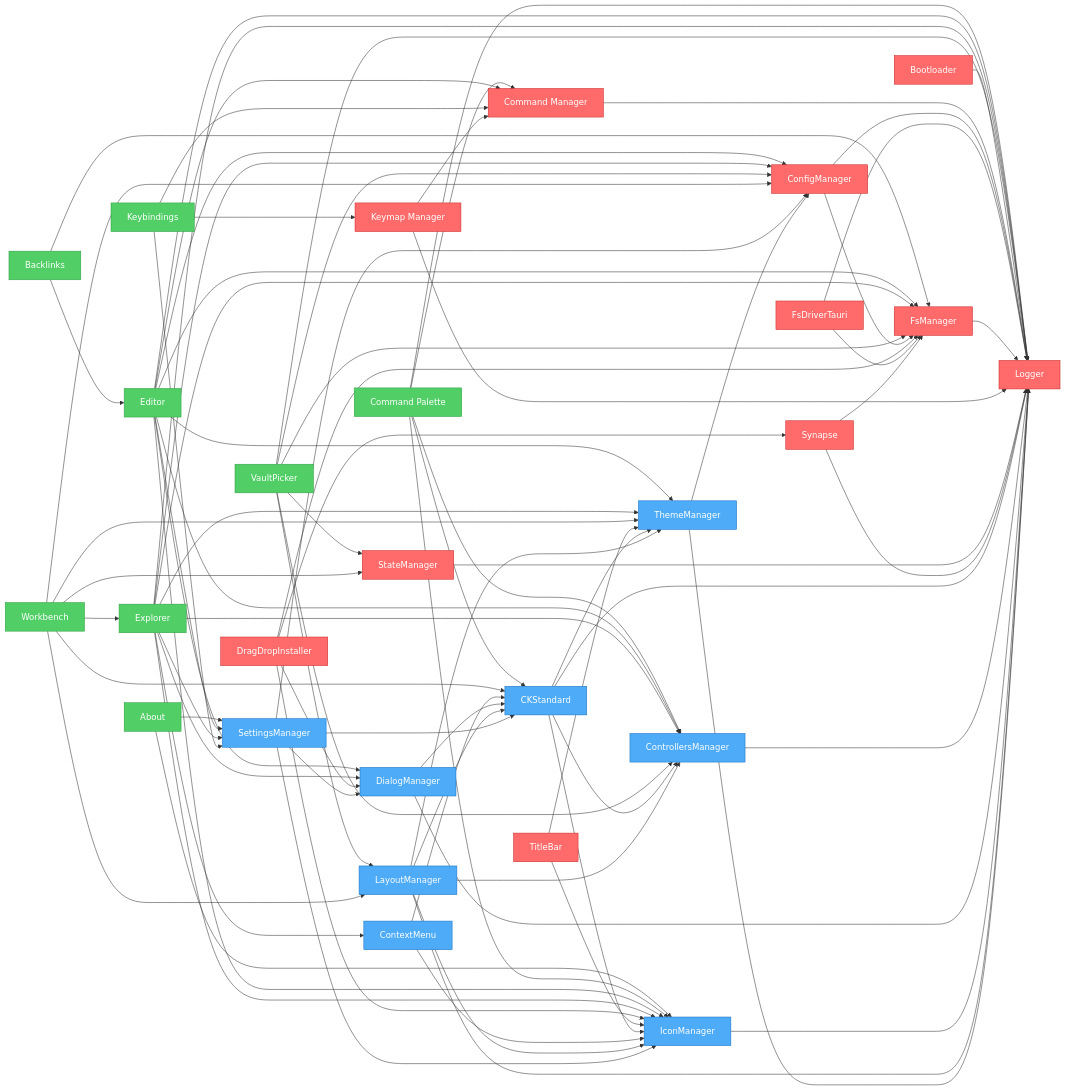
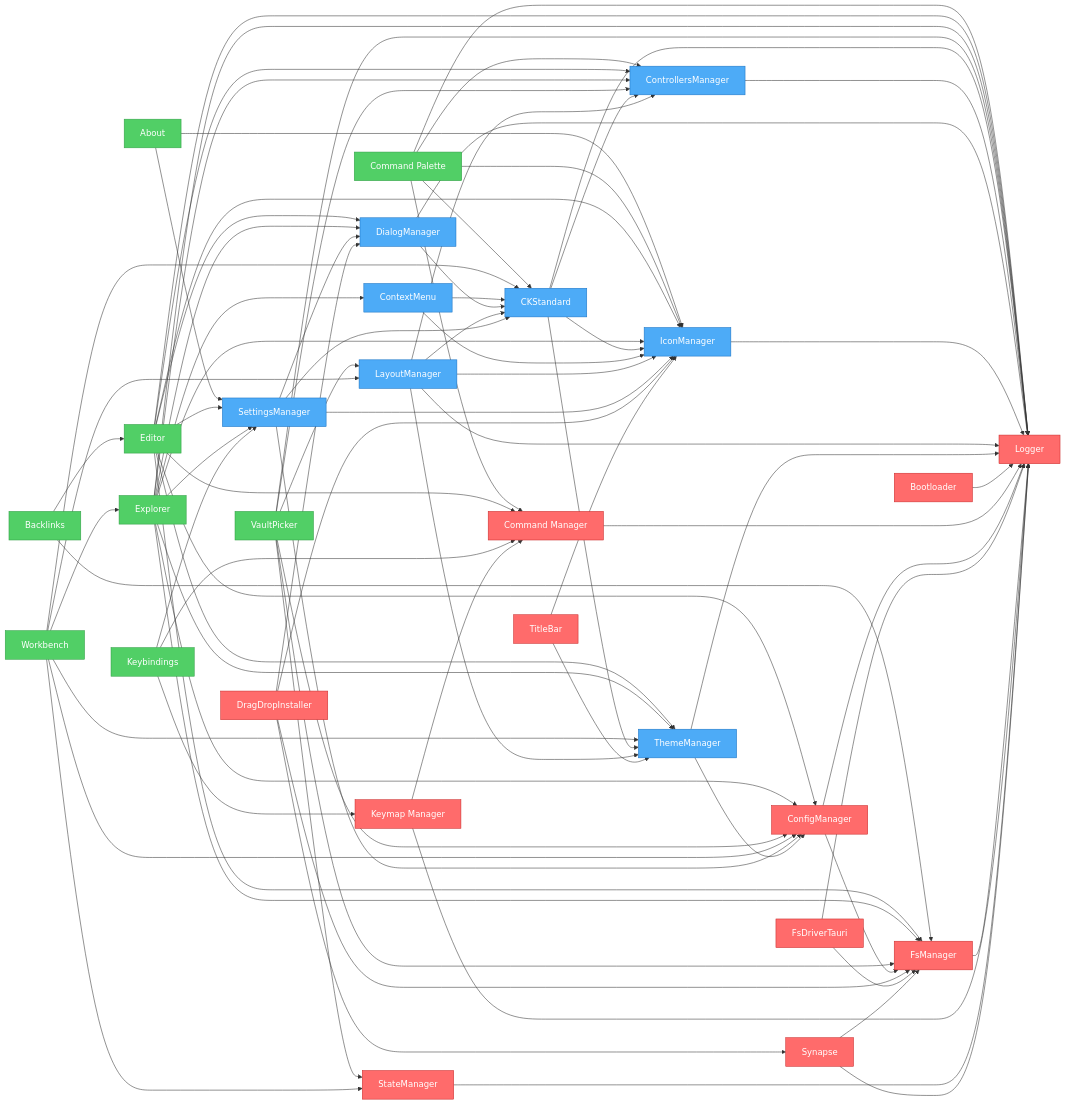
Before and after one commit to khton-tech/notehub.md: the diagram in artifacts/graph.mmd, drawn with Mermaid. The commit also changed other lines of this file and 2 other files, not shown here.

Commit message:
feat: Generate plugin registry JSON and visualize plugin dependencies with a Mermaid graph.

```diff
--- a/artifacts/graph.mmd
+++ b/artifacts/graph.mmd
@@ -1,118 +1,118 @@
 flowchart LR
     nh_features_about["About"]
     nh_features_backlinks["Backlinks"]
     nh_features_command-palette["Command Palette"]
     nh_features_editor["Editor"]
     nh_features_explorer["Explorer"]
     nh_features_keybindings["Keybindings"]
     nh_features_vault-picker["VaultPicker"]
     nh_features_workbench["Workbench"]
+    nh_ui_ck-standard["CKStandard"]
+    nh_ui_context-menu["ContextMenu"]
+    nh_ui_controllers-manager["ControllersManager"]
+    nh_ui_dialog-manager["DialogManager"]
+    nh_ui_icon-manager["IconManager"]
+    nh_ui_layout-manager["LayoutManager"]
+    nh_ui_settings-manager["SettingsManager"]
+    nh_ui_theme-manager["ThemeManager"]
     nh_system_bootloader["Bootloader"]
     nh_system_command-manager["Command Manager"]
     nh_system_config-manager["ConfigManager"]
     nh_system_drag-drop["DragDropInstaller"]
     nh_system_fs-driver-tauri["FsDriverTauri"]
     nh_system_fs-manager["FsManager"]
     nh_system_keymap["Keymap Manager"]
     nh_system_logger["Logger"]
     nh_system_state-manager["StateManager"]
     nh_system_synapse["Synapse"]
     nh_system_titlebar["TitleBar"]
-    nh_ui_ck-standard["CKStandard"]
-    nh_ui_context-menu["ContextMenu"]
-    nh_ui_controllers-manager["ControllersManager"]
-    nh_ui_dialog-manager["DialogManager"]
-    nh_ui_icon-manager["IconManager"]
-    nh_ui_layout-manager["LayoutManager"]
-    nh_ui_settings-manager["SettingsManager"]
-    nh_ui_theme-manager["ThemeManager"]
     nh_features_about --> nh_ui_settings-manager
     nh_features_about --> nh_ui_icon-manager
     nh_features_backlinks --> nh_features_editor
     nh_features_backlinks --> nh_system_fs-manager
     nh_features_command-palette --> nh_system_command-manager
     nh_features_command-palette --> nh_system_logger
     nh_features_command-palette --> nh_ui_controllers-manager
     nh_features_command-palette --> nh_ui_ck-standard
     nh_features_command-palette --> nh_ui_icon-manager
     nh_features_editor --> nh_system_config-manager
     nh_features_editor --> nh_system_command-manager
     nh_features_editor --> nh_ui_settings-manager
     nh_features_editor --> nh_system_fs-manager
     nh_features_editor --> nh_system_logger
     nh_features_editor --> nh_ui_controllers-manager
     nh_features_editor --> nh_ui_dialog-manager
     nh_features_editor --> nh_ui_icon-manager
     nh_features_editor --> nh_ui_theme-manager
     nh_features_explorer --> nh_system_config-manager
     nh_features_explorer --> nh_ui_settings-manager
     nh_features_explorer --> nh_system_fs-manager
     nh_features_explorer --> nh_system_logger
     nh_features_explorer --> nh_ui_controllers-manager
     nh_features_explorer --> nh_ui_icon-manager
     nh_features_explorer --> nh_ui_theme-manager
     nh_features_explorer --> nh_ui_context-menu
     nh_features_explorer --> nh_ui_dialog-manager
     nh_features_keybindings --> nh_ui_settings-manager
     nh_features_keybindings --> nh_system_command-manager
     nh_features_keybindings --> nh_system_keymap
     nh_features_vault-picker --> nh_system_fs-manager
     nh_features_vault-picker --> nh_system_config-manager
     nh_features_vault-picker --> nh_system_state-manager
     nh_features_vault-picker --> nh_system_logger
     nh_features_vault-picker --> nh_ui_controllers-manager
     nh_features_vault-picker --> nh_ui_layout-manager
     nh_features_workbench --> nh_system_config-manager
     nh_features_workbench --> nh_ui_layout-manager
     nh_features_workbench --> nh_ui_theme-manager
     nh_features_workbench --> nh_ui_ck-standard
     nh_features_workbench --> nh_system_state-manager
     nh_features_workbench --> nh_features_explorer
-    nh_system_bootloader --> nh_system_logger
-    nh_system_command-manager --> nh_system_logger
-    nh_system_config-manager --> nh_system_logger
-    nh_system_config-manager --> nh_system_fs-manager
-    nh_system_drag-drop --> nh_ui_icon-manager
-    nh_system_drag-drop --> nh_ui_dialog-manager
-    nh_system_drag-drop --> nh_system_fs-manager
-    nh_system_drag-drop --> nh_system_synapse
-    nh_system_fs-driver-tauri --> nh_system_logger
-    nh_system_fs-driver-tauri --> nh_system_fs-manager
-    nh_system_fs-manager --> nh_system_logger
-    nh_system_keymap --> nh_system_command-manager
-    nh_system_keymap --> nh_system_logger
-    nh_system_state-manager --> nh_system_logger
-    nh_system_synapse --> nh_system_fs-manager
-    nh_system_synapse --> nh_system_logger
-    nh_system_titlebar --> nh_ui_icon-manager
-    nh_system_titlebar --> nh_ui_theme-manager
     nh_ui_ck-standard --> nh_system_logger
     nh_ui_ck-standard --> nh_ui_controllers-manager
     nh_ui_ck-standard --> nh_ui_icon-manager
     nh_ui_ck-standard --> nh_ui_theme-manager
     nh_ui_context-menu --> nh_ui_icon-manager
     nh_ui_context-menu --> nh_ui_ck-standard
     nh_ui_controllers-manager --> nh_system_logger
     nh_ui_dialog-manager --> nh_system_logger
     nh_ui_dialog-manager --> nh_ui_ck-standard
     nh_ui_icon-manager --> nh_system_logger
     nh_ui_layout-manager --> nh_system_logger
     nh_ui_layout-manager --> nh_ui_theme-manager
     nh_ui_layout-manager --> nh_ui_icon-manager
     nh_ui_layout-manager --> nh_ui_controllers-manager
     nh_ui_layout-manager --> nh_ui_ck-standard
     nh_ui_settings-manager --> nh_system_config-manager
     nh_ui_settings-manager --> nh_ui_ck-standard
     nh_ui_settings-manager --> nh_ui_icon-manager
     nh_ui_settings-manager --> nh_ui_dialog-manager
     nh_ui_theme-manager --> nh_system_logger
     nh_ui_theme-manager --> nh_system_config-manager
+    nh_system_bootloader --> nh_system_logger
+    nh_system_command-manager --> nh_system_logger
+    nh_system_config-manager --> nh_system_logger
+    nh_system_config-manager --> nh_system_fs-manager
+    nh_system_drag-drop --> nh_ui_icon-manager
+    nh_system_drag-drop --> nh_ui_dialog-manager
+    nh_system_drag-drop --> nh_system_fs-manager
+    nh_system_drag-drop --> nh_system_synapse
+    nh_system_fs-driver-tauri --> nh_system_logger
+    nh_system_fs-driver-tauri --> nh_system_fs-manager
+    nh_system_fs-manager --> nh_system_logger
+    nh_system_keymap --> nh_system_command-manager
+    nh_system_keymap --> nh_system_logger
+    nh_system_state-manager --> nh_system_logger
+    nh_system_synapse --> nh_system_fs-manager
+    nh_system_synapse --> nh_system_logger
+    nh_system_titlebar --> nh_ui_icon-manager
+    nh_system_titlebar --> nh_ui_theme-manager
 
     %% Styles
     classDef system fill:#ff6b6b,stroke:#c92a2a,color:#fff
     classDef ui fill:#4dabf7,stroke:#1971c2,color:#fff
     classDef feature fill:#51cf66,stroke:#2f9e44,color:#fff
     class nh_features_about,nh_features_backlinks,nh_features_keybindings,nh_features_vault-picker feature
     class nh_features_command-palette,nh_features_editor,nh_features_explorer,nh_features_workbench feature
+    class nh_ui_ck-standard,nh_ui_context-menu,nh_ui_controllers-manager,nh_ui_dialog-manager,nh_ui_icon-manager,nh_ui_layout-manager,nh_ui_settings-manager,nh_ui_theme-manager ui
     class nh_system_bootloader,nh_system_command-manager,nh_system_config-manager,nh_system_drag-drop,nh_system_fs-driver-tauri,nh_system_fs-manager,nh_system_keymap,nh_system_logger,nh_system_state-manager,nh_system_synapse,nh_system_titlebar system
-    class nh_ui_ck-standard,nh_ui_context-menu,nh_ui_controllers-manager,nh_ui_dialog-manager,nh_ui_icon-manager,nh_ui_layout-manager,nh_ui_settings-manager,nh_ui_theme-manager ui
```
